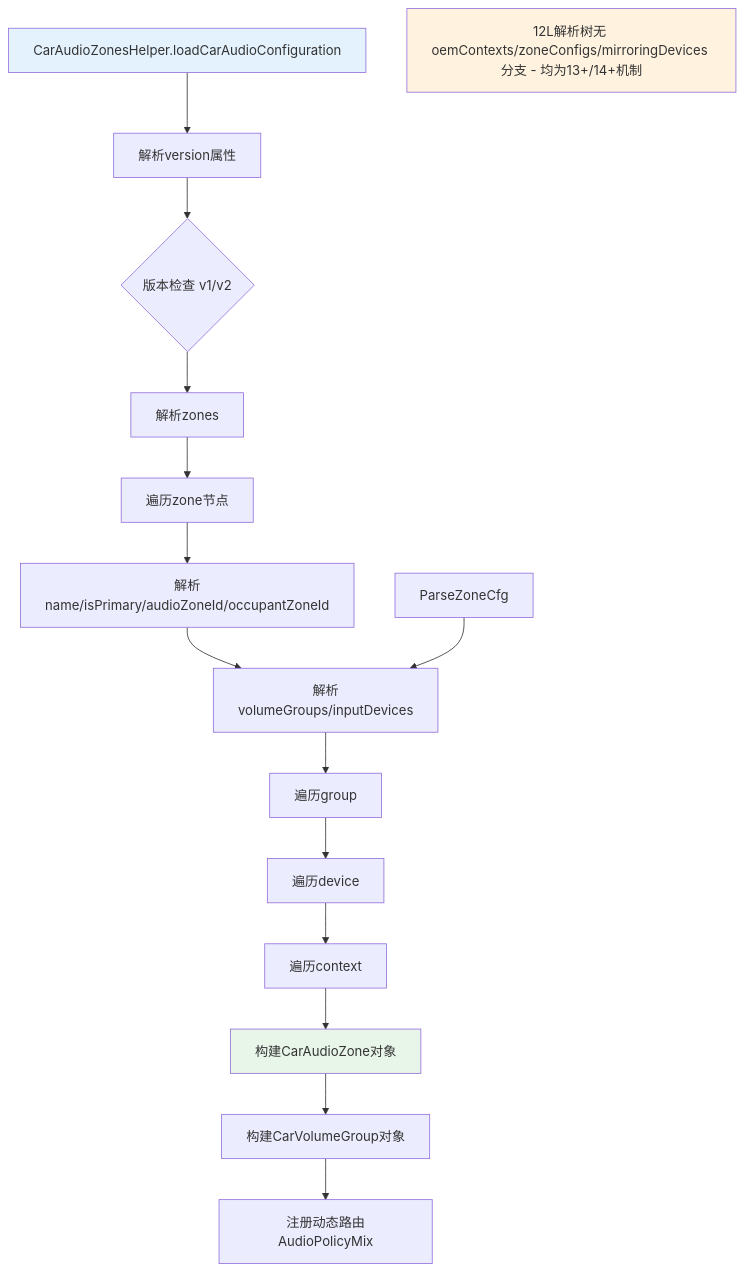
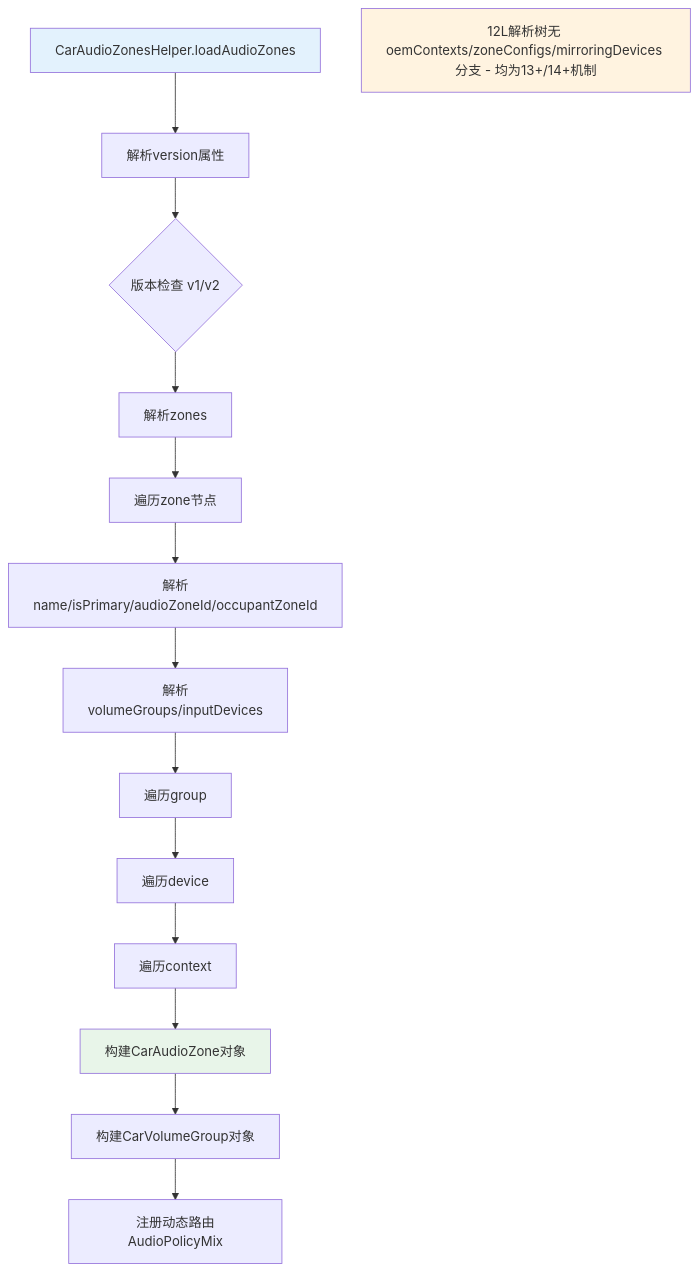
One commit to yanglinzhen1022/SA8295_AAOS_QNX_Audio_KnowledgeBase changed the second of 3 diagrams in 11_Vendor_Layer/11_11.9_car_audio_configuration.xml_深度解析.md. Above: the diagram before and after it, drawn with Mermaid. The commit also changed other lines of this file and 10 other files, not shown here.

````diff
--- a/11_Vendor_Layer/11_11.9_car_audio_configuration.xml_深度解析.md
+++ b/11_Vendor_Layer/11_11.9_car_audio_configuration.xml_深度解析.md
@@ -281,21 +283,20 @@
 ```mermaid
 graph TD
-    ParseStart[CarAudioZonesHelper.loadCarAudioConfiguration] --> ParseVersion[解析version属性]
+    ParseStart[CarAudioZonesHelper.loadAudioZones] --> ParseVersion[解析version属性]
     ParseVersion --> CheckVersion{版本检查 v1/v2}
     CheckVersion --> ParseZones[解析zones]
     ParseZones --> ParseZone[遍历zone节点]
     ParseZone --> ParseZoneAttr[解析name/isPrimary/audioZoneId/occupantZoneId]
     ParseZoneAttr --> ParseVGs[解析volumeGroups/inputDevices]
     Note1[12L解析树无 oemContexts/zoneConfigs/mirroringDevices 分支 - 均为13+/14+机制]
     style Note1 fill:#fff3e0
-    ParseZoneCfg --> ParseVGs
     ParseVGs --> ParseGroup[遍历group]
     ParseGroup --> ParseDev[遍历device]
     ParseDev --> ParseCtx[遍历context]
     ParseCtx --> BuildZone[构建CarAudioZone对象]
     BuildZone --> BuildVG[构建CarVolumeGroup对象]
     BuildVG --> RegRoute[注册动态路由AudioPolicyMix]
 
     style ParseStart fill:#e3f2fd
     style BuildZone fill:#e8f5e9
 ```
````
